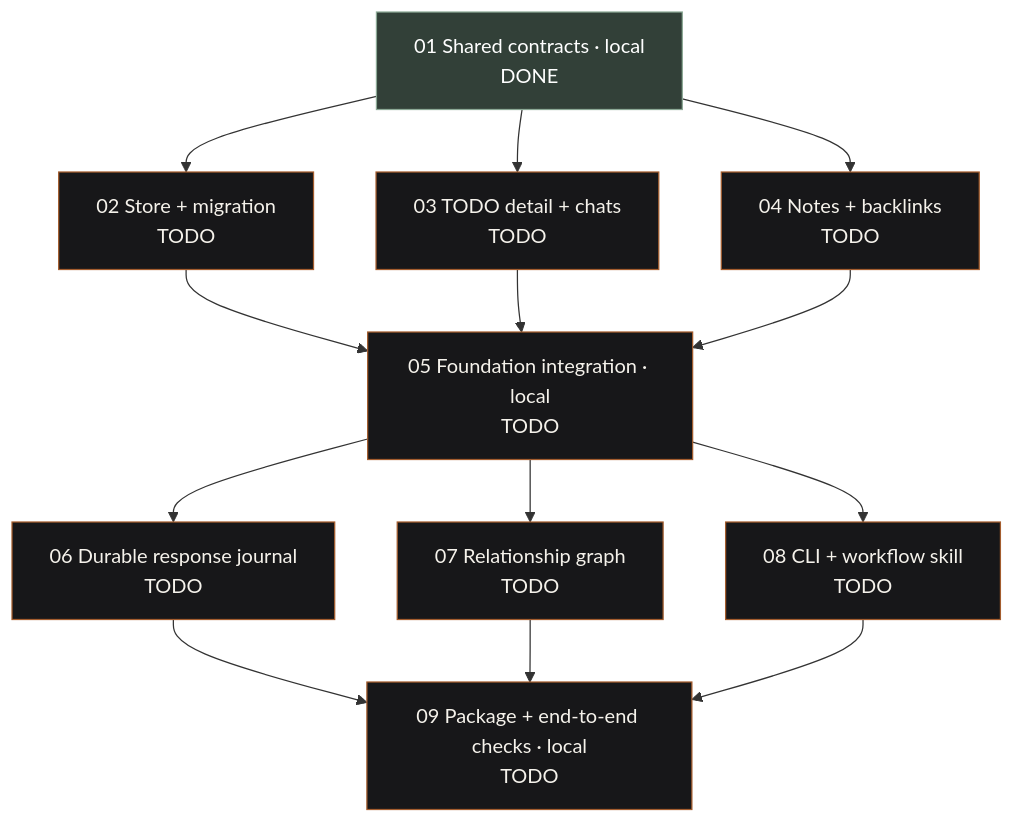
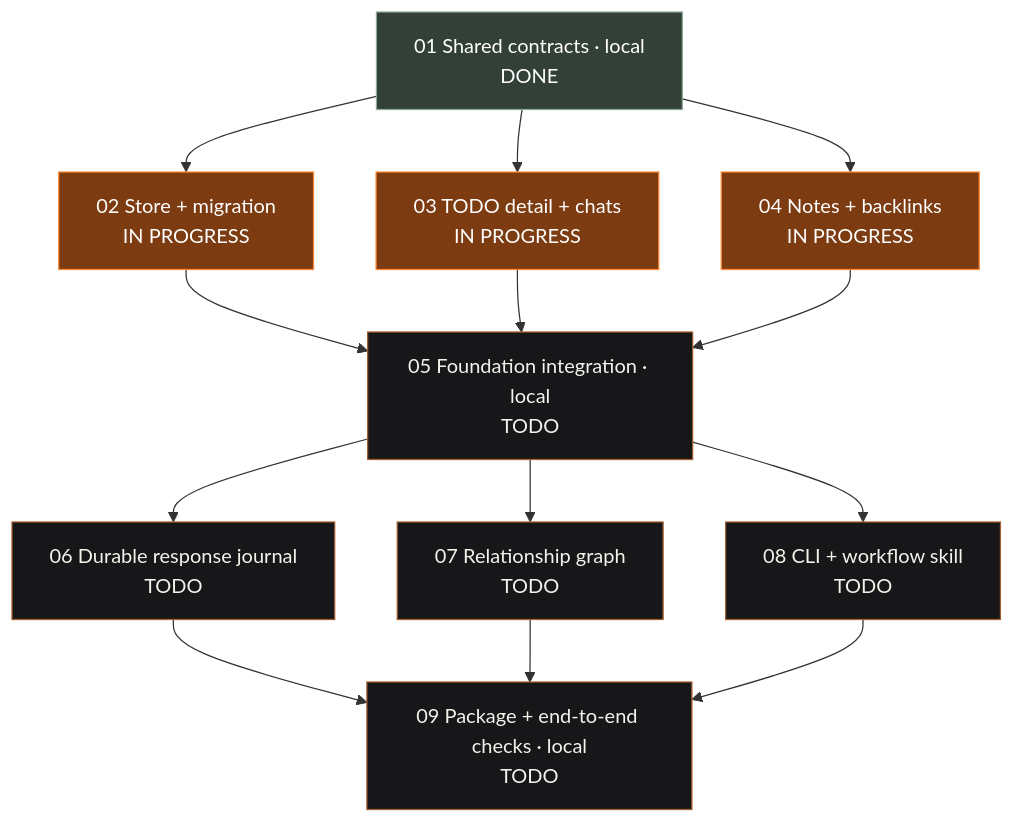
Before and after one commit to vatsalsaglani/Cider: the diagram in docs/plans/linked-work/00-overview.md, drawn with Mermaid. The commit also changed other lines of this file, not shown here.

Commit message:
Record round A worktree implementation dispatch

````diff
--- a/docs/plans/linked-work/00-overview.md
+++ b/docs/plans/linked-work/00-overview.md
@@ -38,27 +38,27 @@
 ```mermaid
 flowchart TD
     P01["01 Shared contracts · local<br/>DONE"]:::done
-    P02["02 Store + migration<br/>TODO"]:::todo
-    P03["03 TODO detail + chats<br/>TODO"]:::todo
-    P04["04 Notes + backlinks<br/>TODO"]:::todo
+    P02["02 Store + migration<br/>IN PROGRESS"]:::inprogress
+    P03["03 TODO detail + chats<br/>IN PROGRESS"]:::inprogress
+    P04["04 Notes + backlinks<br/>IN PROGRESS"]:::inprogress
     P05["05 Foundation integration · local<br/>TODO"]:::todo
     P06["06 Durable response journal<br/>TODO"]:::todo
     P07["07 Relationship graph<br/>TODO"]:::todo
     P08["08 CLI + workflow skill<br/>TODO"]:::todo
     P09["09 Package + end-to-end checks · local<br/>TODO"]:::todo
     P01 --> P02
     P01 --> P03
     P01 --> P04
     P02 --> P05
     P03 --> P05
     P04 --> P05
     P05 --> P06
     P05 --> P07
     P05 --> P08
     P06 --> P09
     P07 --> P09
     P08 --> P09
     classDef todo fill:#171719,color:#f5f2eb,stroke:#a45d2e
     classDef inprogress fill:#7d3b12,color:#fff,stroke:#ff8b38
     classDef done fill:#324038,color:#fff,stroke:#8ca996
 ```
````
